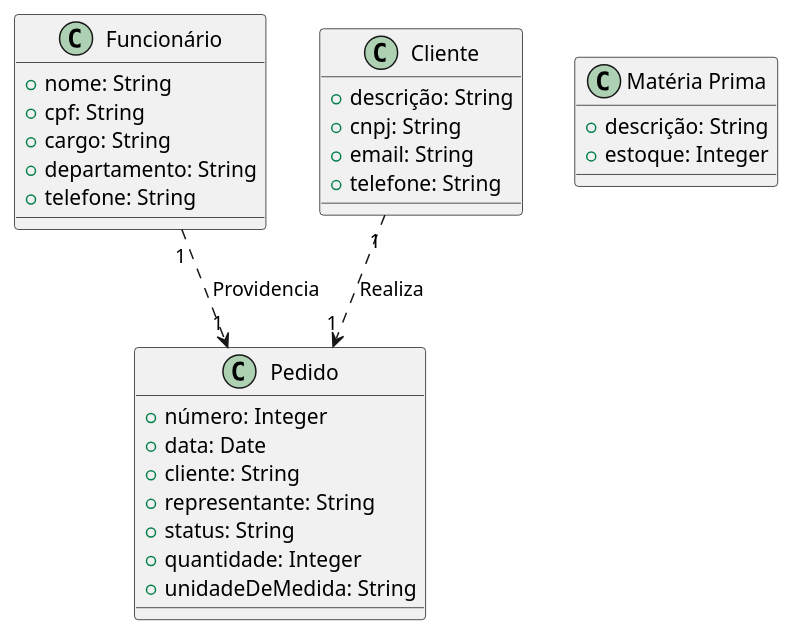
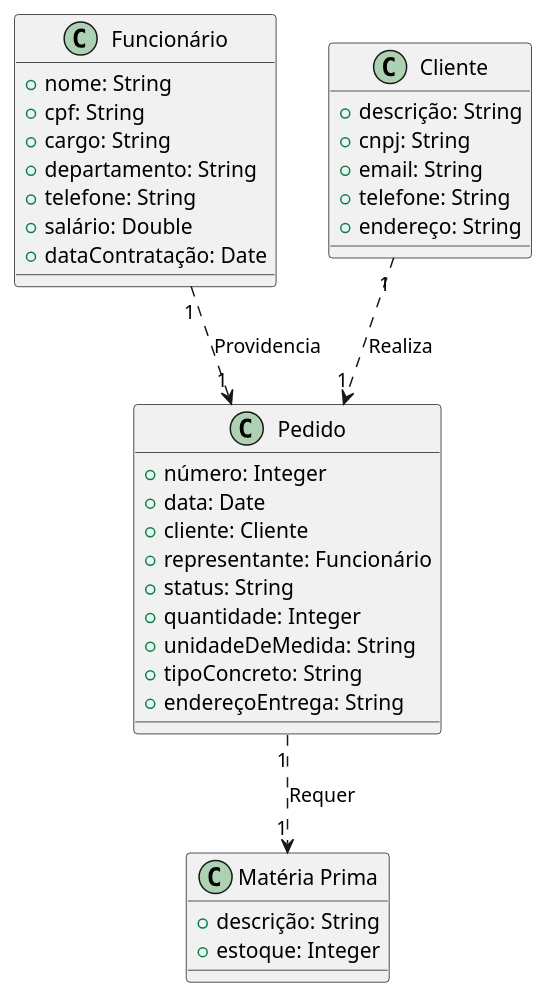
The diagram in projeto/src/modeloDominio.puml (murilojrp/eng2), drawn with PlantUML before and after one commit. The commit also changed 3 other files, not shown here.

```diff
--- a/projeto/src/modeloDominio.puml
+++ b/projeto/src/modeloDominio.puml
@@ -20,36 +20,42 @@
 @startuml 
 
 class Funcionário {
   +nome: String
   +cpf: String
   +cargo: String
   +departamento: String 
   +telefone: String
+  +salário: Double
+  +dataContratação: Date
 }
 
 class Cliente {
   +descrição: String
   +cnpj: String
   +email: String
   +telefone: String
+  +endereço: String
 }
 
 class Pedido {
   +número: Integer
   +data: Date
-  +cliente: String
-  +representante: String
+  +cliente: Cliente
+  +representante: Funcionário
   +status: String
   +quantidade: Integer
   +unidadeDeMedida: String
+  +tipoConcreto: String
+  +endereçoEntrega: String
 }
 
 class "Matéria Prima" {
   +descrição: String
   +estoque: Integer
 }
 
 Cliente "1" ..> "1" Pedido :Realiza
 Funcionário "1" ..> "1" Pedido :Providencia
+Pedido "1" ..> "1" "Matéria Prima" :Requer
 
 @enduml
```
